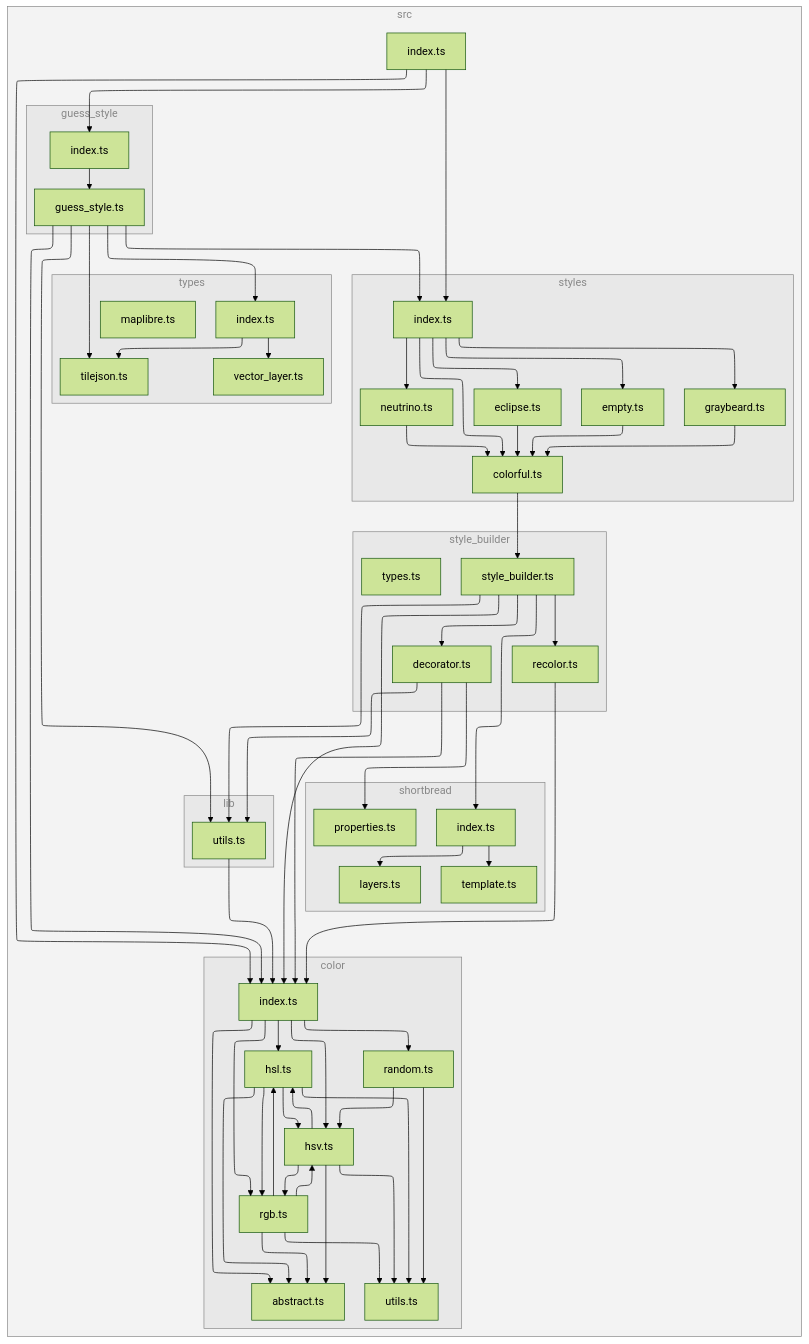
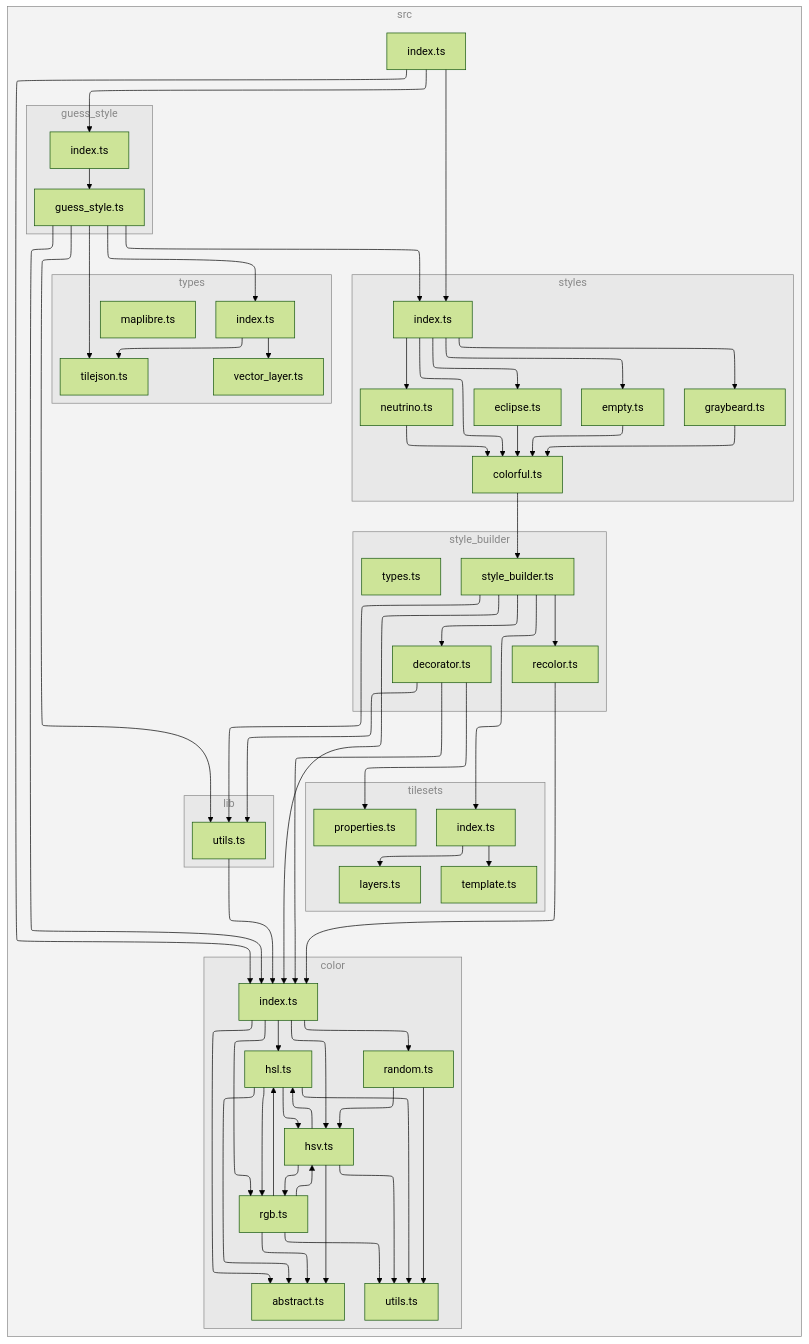
One commit to versatiles-org/versatiles-style changed the diagram in README.MD. Above: the diagram before and after it, drawn with Mermaid (forest theme). The commit also changed 13 other files, not shown here.

Commit message:
shortbread → tilesets

```diff
--- a/README.MD
+++ b/README.MD
@@ -176,7 +176,7 @@
 O["recolor.ts"]
 Z["types.ts"]
 end
-subgraph I["shortbread"]
+subgraph I["tilesets"]
 J["index.ts"]
 K["layers.ts"]
 L["template.ts"]
```
